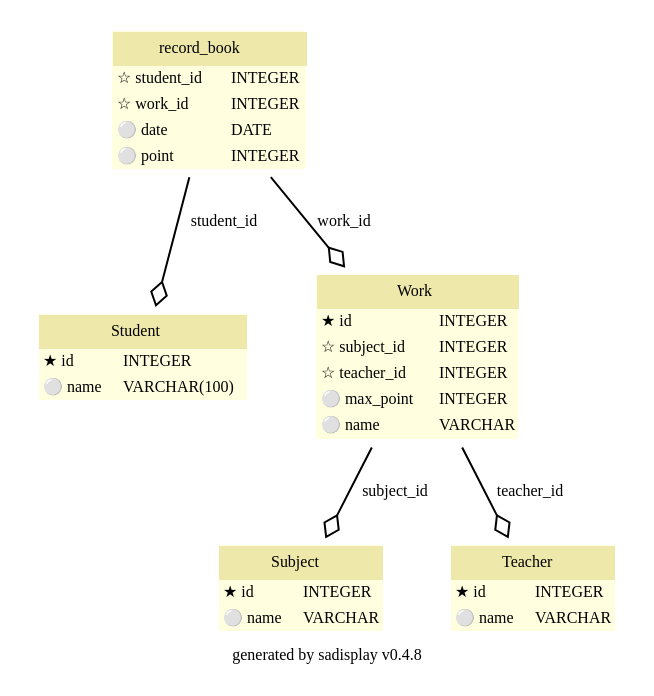
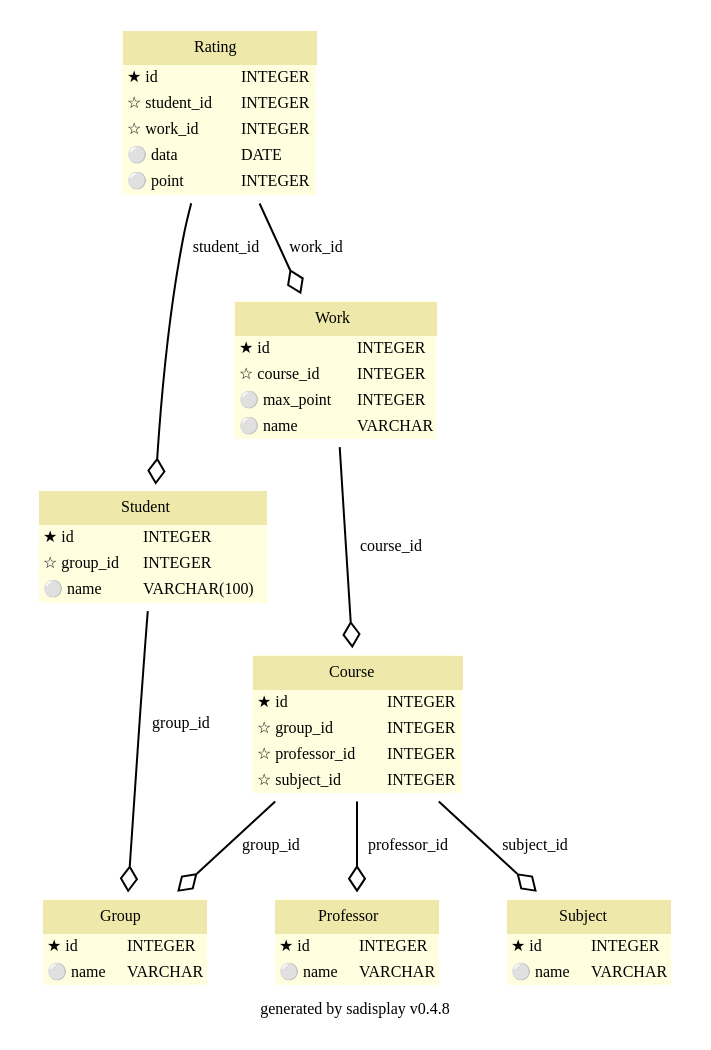
The diagram in Database/schema.dot (lenok97/webCourseProject), drawn with Graphviz before and after one commit. The commit also changed 8 other files, not shown here.

```diff
--- a/Database/schema.dot
+++ b/Database/schema.dot
@@ -1,144 +1,197 @@
 
         digraph G {
             label = "generated by sadisplay v0.4.8";
             fontname = "Bitstream Vera Sans"
             fontsize = 8
 
             node [
                 fontname = "Bitstream Vera Sans"
                 fontsize = 8
                 shape = "plaintext"
             ]
 
             edge [
                 fontname = "Bitstream Vera Sans"
                 fontsize = 8
             ]
     
 
-        record_book [label=<
+        Course [label=<
         <TABLE BGCOLOR="lightyellow" BORDER="0"
             CELLBORDER="0" CELLSPACING="0">
                 <TR><TD COLSPAN="2" CELLPADDING="4"
                         ALIGN="CENTER" BGCOLOR="palegoldenrod"
                 ><FONT FACE="Helvetica Bold" COLOR="black"
-                >record_book</FONT></TD></TR><TR><TD ALIGN="LEFT" BORDER="0"
+                >Course</FONT></TD></TR><TR><TD ALIGN="LEFT" BORDER="0"
+        ><FONT FACE="Bitstream Vera Sans">★ id</FONT
+        ></TD><TD ALIGN="LEFT"
+        ><FONT FACE="Bitstream Vera Sans">INTEGER</FONT
+        ></TD></TR> <TR><TD ALIGN="LEFT" BORDER="0"
+        ><FONT FACE="Bitstream Vera Sans">☆ group_id</FONT
+        ></TD><TD ALIGN="LEFT"
+        ><FONT FACE="Bitstream Vera Sans">INTEGER</FONT
+        ></TD></TR> <TR><TD ALIGN="LEFT" BORDER="0"
+        ><FONT FACE="Bitstream Vera Sans">☆ professor_id</FONT
+        ></TD><TD ALIGN="LEFT"
+        ><FONT FACE="Bitstream Vera Sans">INTEGER</FONT
+        ></TD></TR> <TR><TD ALIGN="LEFT" BORDER="0"
+        ><FONT FACE="Bitstream Vera Sans">☆ subject_id</FONT
+        ></TD><TD ALIGN="LEFT"
+        ><FONT FACE="Bitstream Vera Sans">INTEGER</FONT
+        ></TD></TR>
+        </TABLE>
+    >]
+    
+
+        Group [label=<
+        <TABLE BGCOLOR="lightyellow" BORDER="0"
+            CELLBORDER="0" CELLSPACING="0">
+                <TR><TD COLSPAN="2" CELLPADDING="4"
+                        ALIGN="CENTER" BGCOLOR="palegoldenrod"
+                ><FONT FACE="Helvetica Bold" COLOR="black"
+                >Group</FONT></TD></TR><TR><TD ALIGN="LEFT" BORDER="0"
+        ><FONT FACE="Bitstream Vera Sans">★ id</FONT
+        ></TD><TD ALIGN="LEFT"
+        ><FONT FACE="Bitstream Vera Sans">INTEGER</FONT
+        ></TD></TR> <TR><TD ALIGN="LEFT" BORDER="0"
+        ><FONT FACE="Bitstream Vera Sans">⚪ name</FONT
+        ></TD><TD ALIGN="LEFT"
+        ><FONT FACE="Bitstream Vera Sans">VARCHAR</FONT
+        ></TD></TR>
+        </TABLE>
+    >]
+    
+
+        Professor [label=<
+        <TABLE BGCOLOR="lightyellow" BORDER="0"
+            CELLBORDER="0" CELLSPACING="0">
+                <TR><TD COLSPAN="2" CELLPADDING="4"
+                        ALIGN="CENTER" BGCOLOR="palegoldenrod"
+                ><FONT FACE="Helvetica Bold" COLOR="black"
+                >Professor</FONT></TD></TR><TR><TD ALIGN="LEFT" BORDER="0"
+        ><FONT FACE="Bitstream Vera Sans">★ id</FONT
+        ></TD><TD ALIGN="LEFT"
+        ><FONT FACE="Bitstream Vera Sans">INTEGER</FONT
+        ></TD></TR> <TR><TD ALIGN="LEFT" BORDER="0"
+        ><FONT FACE="Bitstream Vera Sans">⚪ name</FONT
+        ></TD><TD ALIGN="LEFT"
+        ><FONT FACE="Bitstream Vera Sans">VARCHAR</FONT
+        ></TD></TR>
+        </TABLE>
+    >]
+    
+
+        Rating [label=<
+        <TABLE BGCOLOR="lightyellow" BORDER="0"
+            CELLBORDER="0" CELLSPACING="0">
+                <TR><TD COLSPAN="2" CELLPADDING="4"
+                        ALIGN="CENTER" BGCOLOR="palegoldenrod"
+                ><FONT FACE="Helvetica Bold" COLOR="black"
+                >Rating</FONT></TD></TR><TR><TD ALIGN="LEFT" BORDER="0"
+        ><FONT FACE="Bitstream Vera Sans">★ id</FONT
+        ></TD><TD ALIGN="LEFT"
+        ><FONT FACE="Bitstream Vera Sans">INTEGER</FONT
+        ></TD></TR> <TR><TD ALIGN="LEFT" BORDER="0"
         ><FONT FACE="Bitstream Vera Sans">☆ student_id</FONT
         ></TD><TD ALIGN="LEFT"
         ><FONT FACE="Bitstream Vera Sans">INTEGER</FONT
         ></TD></TR> <TR><TD ALIGN="LEFT" BORDER="0"
         ><FONT FACE="Bitstream Vera Sans">☆ work_id</FONT
         ></TD><TD ALIGN="LEFT"
         ><FONT FACE="Bitstream Vera Sans">INTEGER</FONT
         ></TD></TR> <TR><TD ALIGN="LEFT" BORDER="0"
-        ><FONT FACE="Bitstream Vera Sans">⚪ date</FONT
+        ><FONT FACE="Bitstream Vera Sans">⚪ data</FONT
         ></TD><TD ALIGN="LEFT"
         ><FONT FACE="Bitstream Vera Sans">DATE</FONT
         ></TD></TR> <TR><TD ALIGN="LEFT" BORDER="0"
         ><FONT FACE="Bitstream Vera Sans">⚪ point</FONT
         ></TD><TD ALIGN="LEFT"
         ><FONT FACE="Bitstream Vera Sans">INTEGER</FONT
         ></TD></TR>
         </TABLE>
     >]
     
 
         Student [label=<
         <TABLE BGCOLOR="lightyellow" BORDER="0"
             CELLBORDER="0" CELLSPACING="0">
                 <TR><TD COLSPAN="2" CELLPADDING="4"
                         ALIGN="CENTER" BGCOLOR="palegoldenrod"
                 ><FONT FACE="Helvetica Bold" COLOR="black"
                 >Student</FONT></TD></TR><TR><TD ALIGN="LEFT" BORDER="0"
         ><FONT FACE="Bitstream Vera Sans">★ id</FONT
+        ></TD><TD ALIGN="LEFT"
+        ><FONT FACE="Bitstream Vera Sans">INTEGER</FONT
+        ></TD></TR> <TR><TD ALIGN="LEFT" BORDER="0"
+        ><FONT FACE="Bitstream Vera Sans">☆ group_id</FONT
         ></TD><TD ALIGN="LEFT"
         ><FONT FACE="Bitstream Vera Sans">INTEGER</FONT
         ></TD></TR> <TR><TD ALIGN="LEFT" BORDER="0"
         ><FONT FACE="Bitstream Vera Sans">⚪ name</FONT
         ></TD><TD ALIGN="LEFT"
         ><FONT FACE="Bitstream Vera Sans">VARCHAR(100)</FONT
         ></TD></TR>
         </TABLE>
     >]
     
 
         Subject [label=<
         <TABLE BGCOLOR="lightyellow" BORDER="0"
             CELLBORDER="0" CELLSPACING="0">
                 <TR><TD COLSPAN="2" CELLPADDING="4"
                         ALIGN="CENTER" BGCOLOR="palegoldenrod"
                 ><FONT FACE="Helvetica Bold" COLOR="black"
                 >Subject</FONT></TD></TR><TR><TD ALIGN="LEFT" BORDER="0"
         ><FONT FACE="Bitstream Vera Sans">★ id</FONT
         ></TD><TD ALIGN="LEFT"
         ><FONT FACE="Bitstream Vera Sans">INTEGER</FONT
         ></TD></TR> <TR><TD ALIGN="LEFT" BORDER="0"
         ><FONT FACE="Bitstream Vera Sans">⚪ name</FONT
         ></TD><TD ALIGN="LEFT"
         ><FONT FACE="Bitstream Vera Sans">VARCHAR</FONT
         ></TD></TR>
         </TABLE>
     >]
     
 
-        Teacher [label=<
-        <TABLE BGCOLOR="lightyellow" BORDER="0"
-            CELLBORDER="0" CELLSPACING="0">
-                <TR><TD COLSPAN="2" CELLPADDING="4"
-                        ALIGN="CENTER" BGCOLOR="palegoldenrod"
-                ><FONT FACE="Helvetica Bold" COLOR="black"
-                >Teacher</FONT></TD></TR><TR><TD ALIGN="LEFT" BORDER="0"
-        ><FONT FACE="Bitstream Vera Sans">★ id</FONT
-        ></TD><TD ALIGN="LEFT"
-        ><FONT FACE="Bitstream Vera Sans">INTEGER</FONT
-        ></TD></TR> <TR><TD ALIGN="LEFT" BORDER="0"
-        ><FONT FACE="Bitstream Vera Sans">⚪ name</FONT
-        ></TD><TD ALIGN="LEFT"
-        ><FONT FACE="Bitstream Vera Sans">VARCHAR</FONT
-        ></TD></TR>
-        </TABLE>
-    >]
-    
-
         Work [label=<
         <TABLE BGCOLOR="lightyellow" BORDER="0"
             CELLBORDER="0" CELLSPACING="0">
                 <TR><TD COLSPAN="2" CELLPADDING="4"
                         ALIGN="CENTER" BGCOLOR="palegoldenrod"
                 ><FONT FACE="Helvetica Bold" COLOR="black"
                 >Work</FONT></TD></TR><TR><TD ALIGN="LEFT" BORDER="0"
         ><FONT FACE="Bitstream Vera Sans">★ id</FONT
         ></TD><TD ALIGN="LEFT"
         ><FONT FACE="Bitstream Vera Sans">INTEGER</FONT
         ></TD></TR> <TR><TD ALIGN="LEFT" BORDER="0"
-        ><FONT FACE="Bitstream Vera Sans">☆ subject_id</FONT
-        ></TD><TD ALIGN="LEFT"
-        ><FONT FACE="Bitstream Vera Sans">INTEGER</FONT
-        ></TD></TR> <TR><TD ALIGN="LEFT" BORDER="0"
-        ><FONT FACE="Bitstream Vera Sans">☆ teacher_id</FONT
+        ><FONT FACE="Bitstream Vera Sans">☆ course_id</FONT
         ></TD><TD ALIGN="LEFT"
         ><FONT FACE="Bitstream Vera Sans">INTEGER</FONT
         ></TD></TR> <TR><TD ALIGN="LEFT" BORDER="0"
         ><FONT FACE="Bitstream Vera Sans">⚪ max_point</FONT
         ></TD><TD ALIGN="LEFT"
         ><FONT FACE="Bitstream Vera Sans">INTEGER</FONT
         ></TD></TR> <TR><TD ALIGN="LEFT" BORDER="0"
         ><FONT FACE="Bitstream Vera Sans">⚪ name</FONT
         ></TD><TD ALIGN="LEFT"
         ><FONT FACE="Bitstream Vera Sans">VARCHAR</FONT
         ></TD></TR>
         </TABLE>
     >]
     
 	edge [
 		arrowhead = empty
 	]
 	edge [
 		arrowhead = ediamond
 		arrowtail = open
 	]
-	"record_book" -> "Student" [label = "student_id"]
-	"record_book" -> "Work" [label = "work_id"]
-	"Work" -> "Subject" [label = "subject_id"]
-	"Work" -> "Teacher" [label = "teacher_id"]
+	"Course" -> "Subject" [label = "subject_id"]
+	"Course" -> "Group" [label = "group_id"]
+	"Course" -> "Professor" [label = "professor_id"]
+	"Rating" -> "Student" [label = "student_id"]
+	"Rating" -> "Work" [label = "work_id"]
+	"Student" -> "Group" [label = "group_id"]
+	"Work" -> "Course" [label = "course_id"]
 }
```
